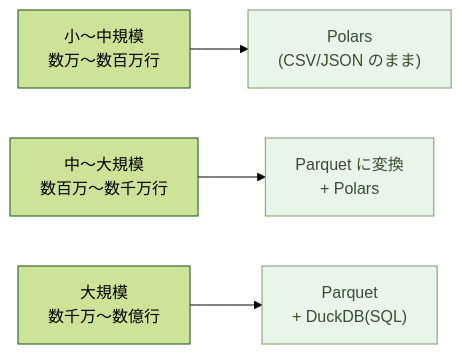
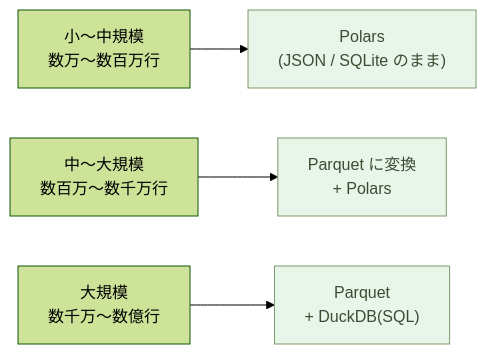
The second of 2 diagrams in articles/ai-native-ways/04-data-formats/ja.md (aiseed-dev/website), drawn with Mermaid (forest theme) before and after one commit. The commit also changed other lines of this file and 17 other files, not shown here.

````diff
--- a/articles/ai-native-ways/04-data-formats/ja.md
+++ b/articles/ai-native-ways/04-data-formats/ja.md
@@ -438,16 +596,16 @@
 ```mermaid
 flowchart LR
   Small["小〜中規模<br/>数万〜数百万行"]
   Mid["中〜大規模<br/>数百万〜数千万行"]
   Large["大規模<br/>数千万〜数億行"]
-  Polars["Polars<br/>(CSV/JSON のまま)"]
+  Polars["Polars<br/>(JSON / SQLite のまま)"]
   ParqPolars["Parquet に変換<br/>+ Polars"]
   DuckDB["Parquet<br/>+ DuckDB(SQL)"]
 
   Small --> Polars
   Mid --> ParqPolars
   Large --> DuckDB
 
   classDef opt fill:#e8f5e9,stroke:#7a9a6d,color:#3a4d34
   class Polars,ParqPolars,DuckDB opt
 ```
````
